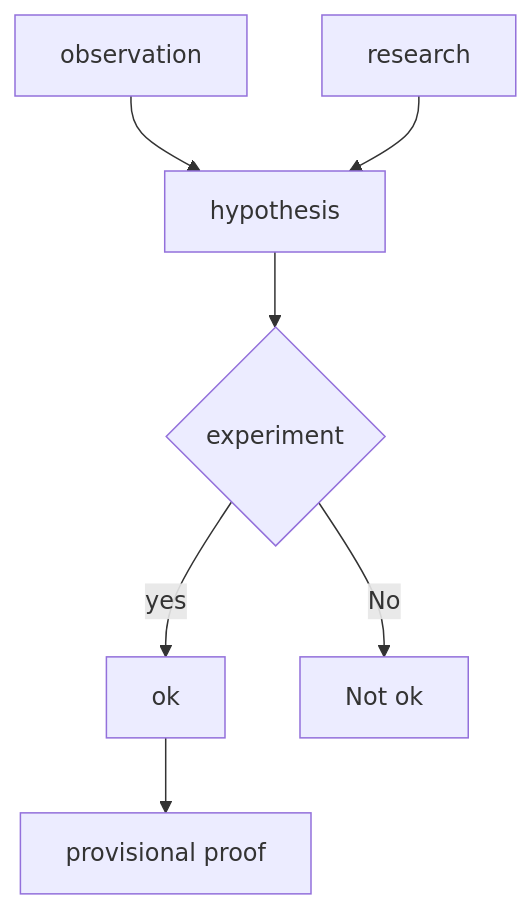
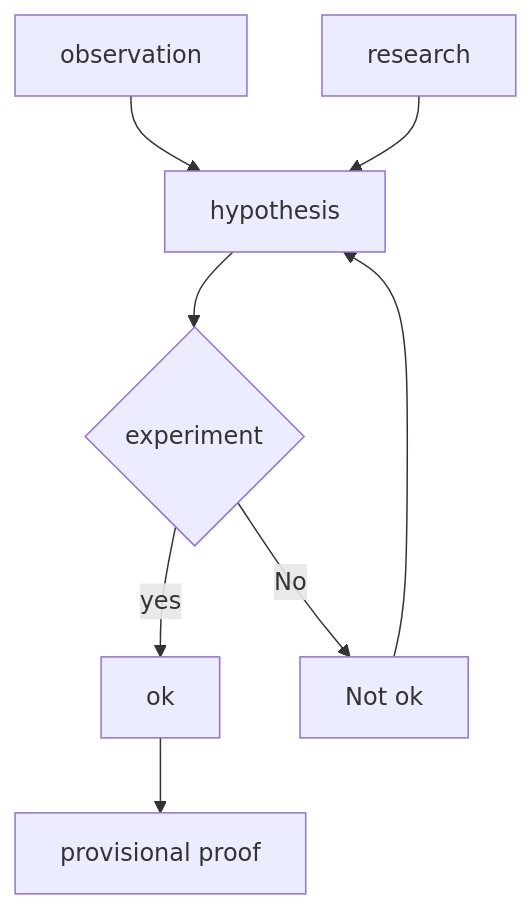
Before and after one commit to cmhcmh112/Scientific-analysis-and-presentation: the second of 2 diagrams in README.md, drawn with Mermaid.

Commit message:
실험에서 가설로 돌아가는 부분 추가

````diff
--- a/README.md
+++ b/README.md
@@ -17,9 +17,10 @@
 ```mermaid
   flowchart TD;
     E[observation]-->A;
     F[research]-->A;
     A[hypothesis]-->B{experiment};
     B -- yes --> C[ok];
     B -- No --> D[Not ok];
     C-->G[provisional proof]
+    D-->A
 ```
````
